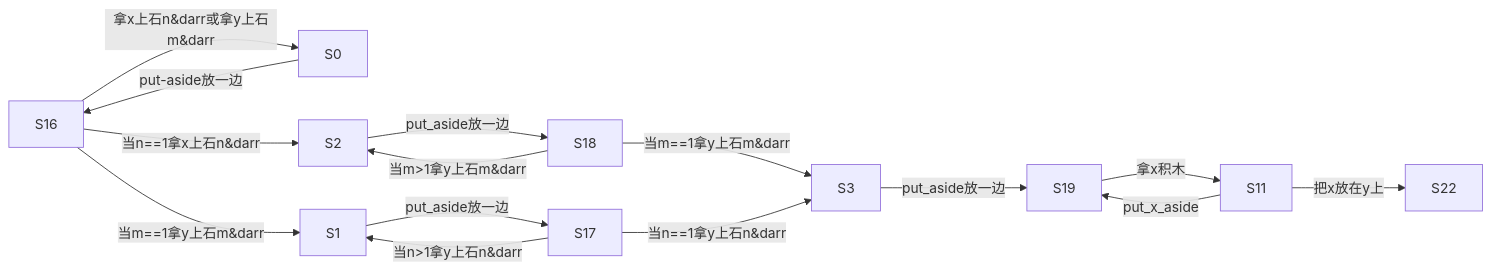
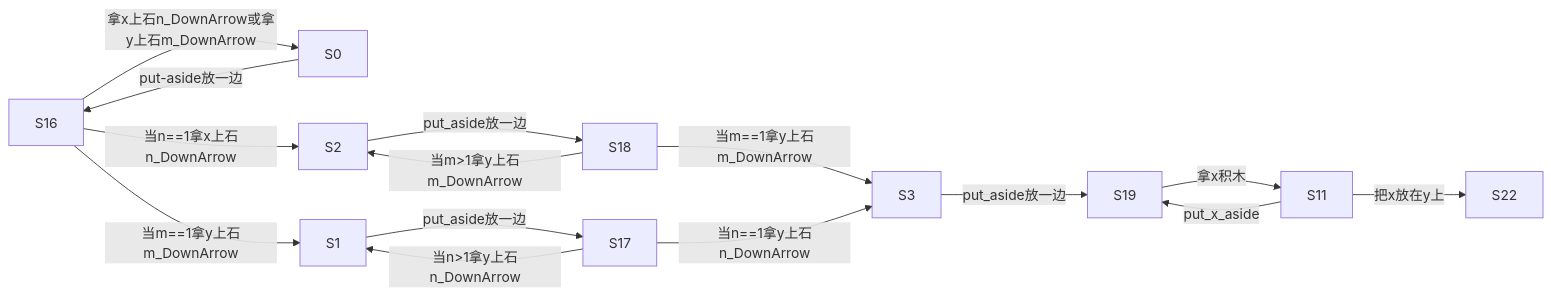
Before and after one commit to Tridu33/ZERO-Starting-AI-Planning-in-PDDL-Descripted-World: diagram 17 of 29 in docs/SolversBaseOnPDDL/GP_Numerical/图法QNP.md, drawn with Mermaid. The commit also changed other lines of this file and 25 other files, not shown here.

````diff
--- a/docs/SolversBaseOnPDDL/GP_Numerical/图法QNP.md
+++ b/docs/SolversBaseOnPDDL/GP_Numerical/图法QNP.md
@@ -508,17 +501,17 @@
 ```mermaid
 graph LR;
-　　S16 -->|拿x上石n&darr或拿y上石m&darr| S0;
+　　S16 -->|拿x上石n_DownArrow或拿y上石m_DownArrow| S0;
 　　S0 -->|put-aside放一边| S16;
-　　S16 -->|当n==1拿x上石n&darr| S2 ;
+　　S16 -->|当n==1拿x上石n_DownArrow| S2 ;
 　　S2 -->|put_aside放一边| S18;
-　　S18 -->|当m>1拿y上石m&darr| S2;
-　　S18 -->|当m==1拿y上石m&darr| S3;
-　　S16 -->|当m==1拿y上石m&darr| S1 ;
+　　S18 -->|当m>1拿y上石m_DownArrow| S2;
+　　S18 -->|当m==1拿y上石m_DownArrow| S3;
+　　S16 -->|当m==1拿y上石m_DownArrow| S1 ;
 　　S1 -->|put_aside放一边| S17;
-　　S17 -->|当n>1拿y上石n&darr| S1;
-　　S17 -->|当n==1拿y上石n&darr| S3;
+　　S17 -->|当n>1拿y上石n_DownArrow| S1;
+　　S17 -->|当n==1拿y上石n_DownArrow| S3;
 　　S3 -->|put_aside放一边| S19;
 　　S19 -->|拿x积木| S11;
 　　S11 -->|put_x_aside| S19;
 　　S11 -->|把x放在y上| S22;
 ```
````
